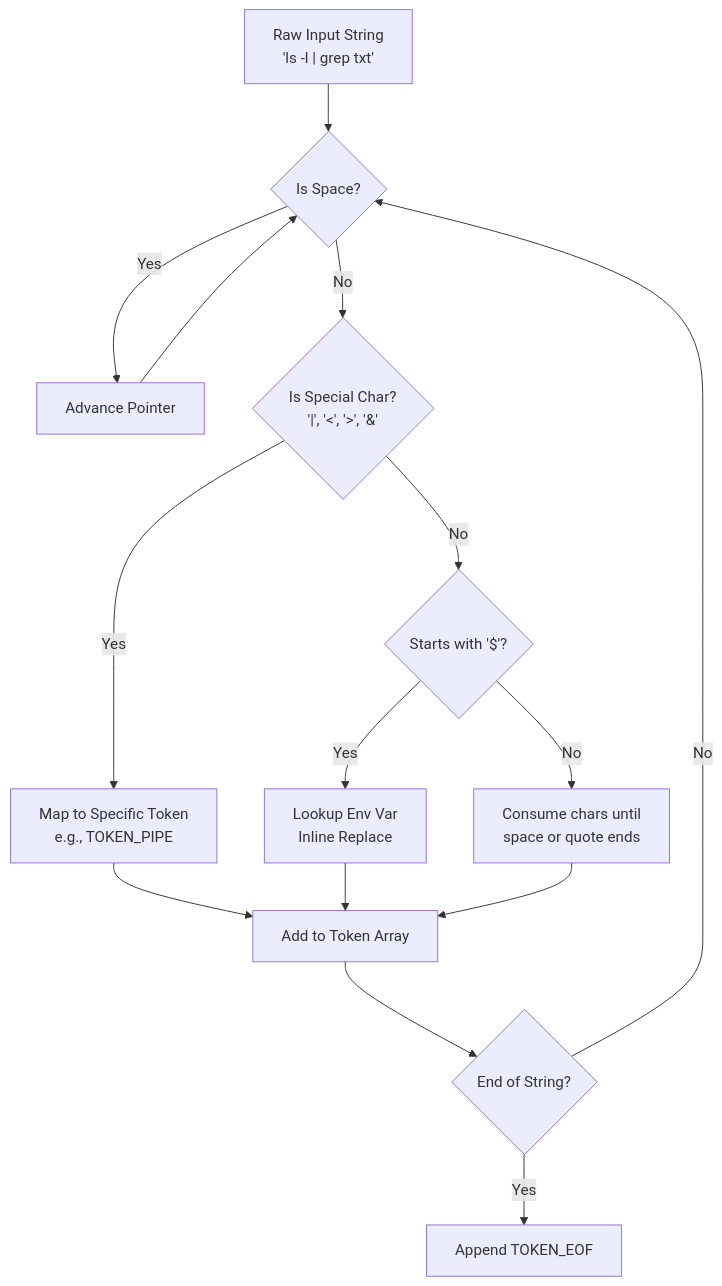
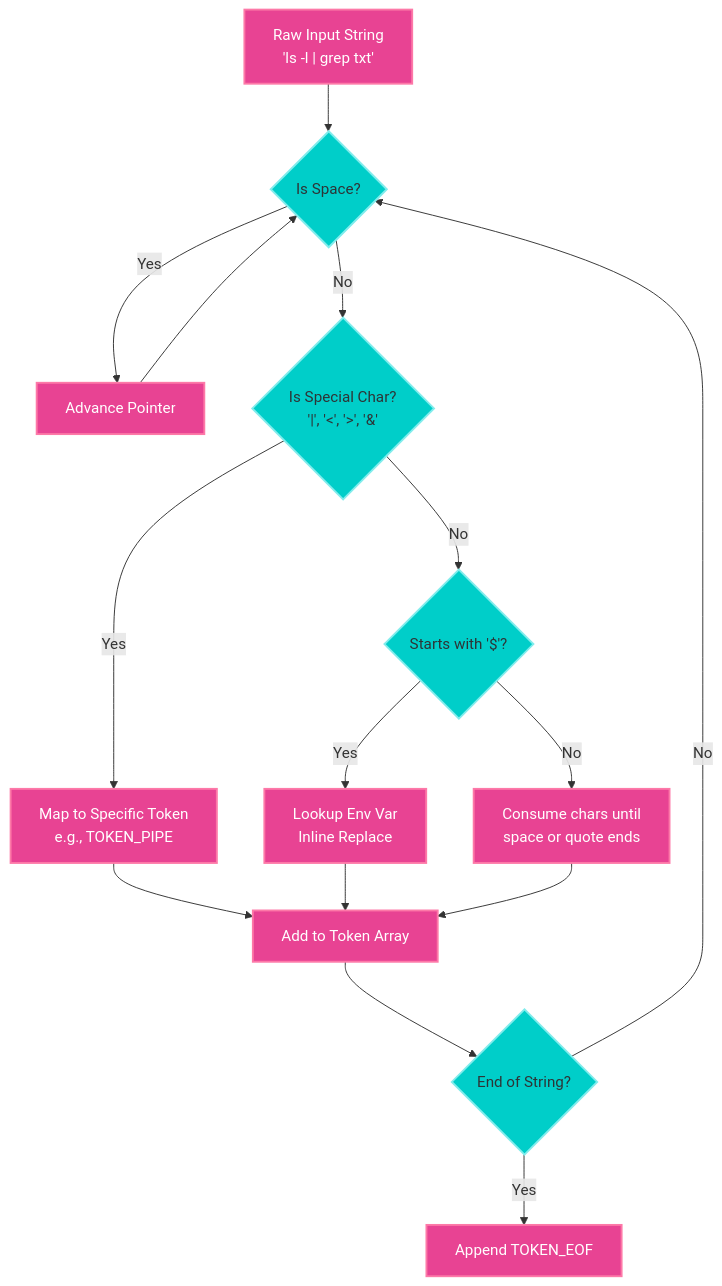
The sixth of 9 diagrams in README.md (Rohitbansaldeveloper/Linux-POSIX-Shell-Implementation-Using-System-Calls-in-C), drawn with Mermaid before and after one commit. The commit also changed other lines of this file, not shown here.

Commit message:
docs: improve flow diagrams with colors and formatting

````diff
--- a/README.md
+++ b/README.md
@@ -163,21 +157,24 @@
-  ```mermaid
-  flowchart TD
-      Input["Raw Input String<br>'ls -l | grep txt'"] --> SkipSpace{"Is Space?"}
-      SkipSpace -->|Yes| Skip["Advance Pointer"]
-      Skip --> SkipSpace
-      SkipSpace -->|No| CheckSpecial{"Is Special Char?<br>'|', '<', '>', '&'"}
-      
-      CheckSpecial -->|Yes| MapToken["Map to Specific Token<br>e.g., TOKEN_PIPE"]
-      CheckSpecial -->|No| CheckExpansion{"Starts with '$'?"}
-      
-      CheckExpansion -->|Yes| Expand["Lookup Env Var<br>Inline Replace"]
-      CheckExpansion -->|No| BuildWord["Consume chars until<br>space or quote ends"]
-      
-      MapToken --> AddArray["Add to Token Array"]
-      Expand --> AddArray
-      BuildWord --> AddArray
-      
-      AddArray --> NextChar{"End of String?"}
-      NextChar -->|No| SkipSpace
-      NextChar -->|Yes| EOF["Append TOKEN_EOF"]
-  ```
+```mermaid
+flowchart TD
+    classDef token fill:#e84393,stroke:#fd79a8,stroke-width:2px,color:#fff;
+    classDef dec fill:#00cec9,stroke:#81ecec,stroke-width:2px,color:#2d3436;
+
+    Input["Raw Input String<br/>'ls -l | grep txt'"]:::token --> SkipSpace{"Is Space?"}:::dec
+    SkipSpace -->|"Yes"| Skip["Advance Pointer"]:::token
+    Skip --> SkipSpace
+    SkipSpace -->|"No"| CheckSpecial{"Is Special Char?<br/>'|', '<', '>', '&'"}:::dec
+    
+    CheckSpecial -->|"Yes"| MapToken["Map to Specific Token<br/>e.g., TOKEN_PIPE"]:::token
+    CheckSpecial -->|"No"| CheckExpansion{"Starts with '$'?"}:::dec
+    
+    CheckExpansion -->|"Yes"| Expand["Lookup Env Var<br/>Inline Replace"]:::token
+    CheckExpansion -->|"No"| BuildWord["Consume chars until<br/>space or quote ends"]:::token
+    
+    MapToken --> AddArray["Add to Token Array"]:::token
+    Expand --> AddArray
+    BuildWord --> AddArray
+    
+    AddArray --> NextChar{"End of String?"}:::dec
+    NextChar -->|"No"| SkipSpace
+    NextChar -->|"Yes"| EOF["Append TOKEN_EOF"]:::token
+```
````
